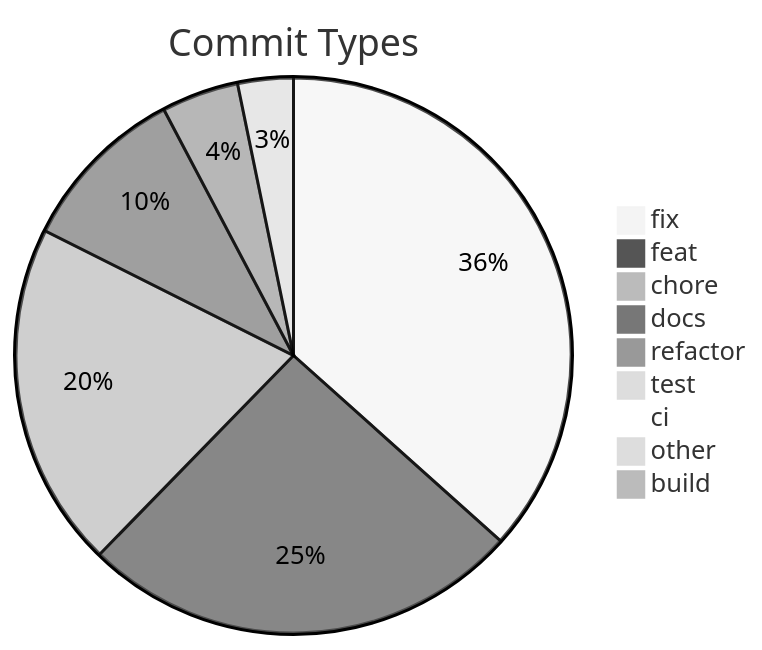
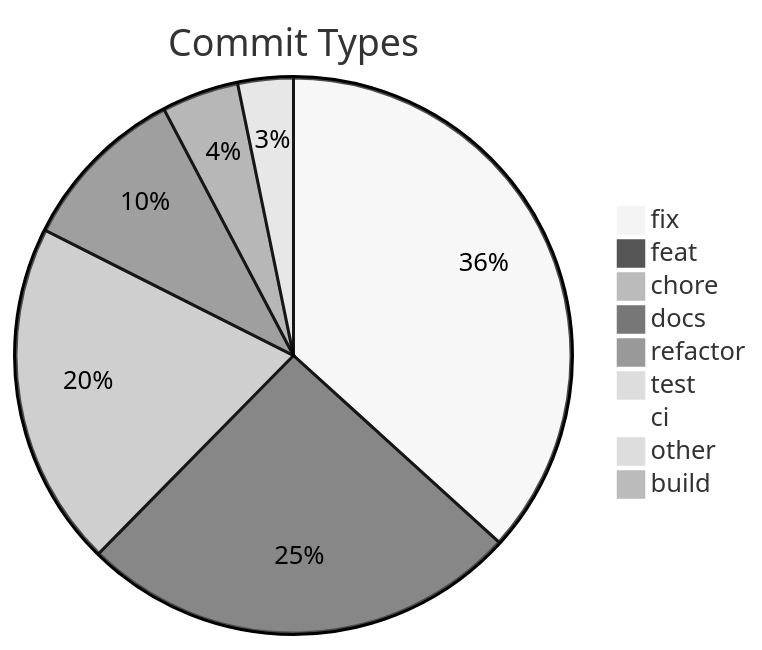
Before and after one commit to svenroth-ai/shipwright-webui: the diagram in .shipwright/compliance/change-history.md, drawn with Mermaid (neutral theme). The commit also changed other lines of this file and 17 other files, not shown here.

````diff
--- a/.shipwright/compliance/change-history.md
+++ b/.shipwright/compliance/change-history.md
@@ -8,12 +8,12 @@
 ```mermaid
 pie title Commit Types
-    "fix" : 204
+    "fix" : 205
     "feat" : 143
     "chore" : 112
     "docs" : 55
     "refactor" : 25
     "test" : 18
     "ci" : 5
     "other" : 4
     "build" : 1
 ```
````
